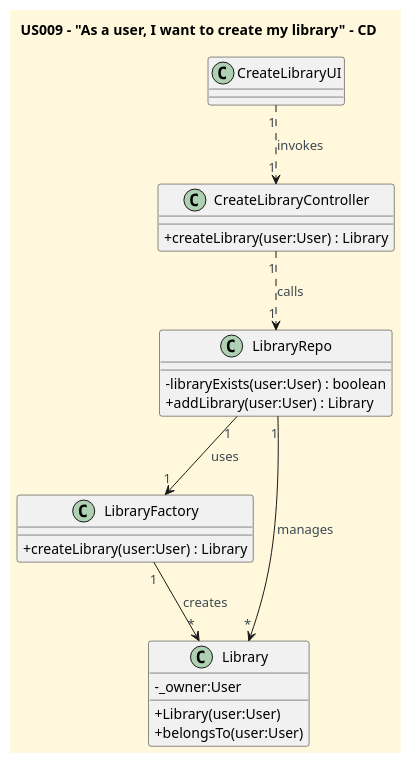
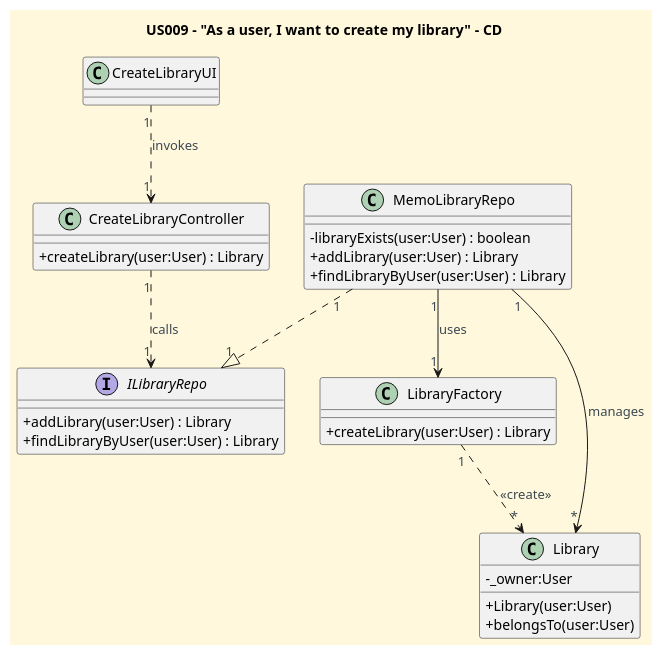
One commit to CarolinaLeite-collab/JavaMarketplacePlatform changed the diagram in docs/userStories/US009/US009_create_my_library_CD.puml. Above: the diagram before and after it, drawn with PlantUML.

Commit message:
docs (US009): add CD for CreateLibrary (DDD refactor), ref #372

```diff
--- a/docs/userStories/US009/US009_create_my_library_CD.puml
+++ b/docs/userStories/US009/US009_create_my_library_CD.puml
@@ -1,48 +1,52 @@
 @startuml
 'https://plantuml.com/class-diagram
 title US009 – "As a user, I want to create my library" - CD
 
 '==== basic style ====
 skinparam monochrome false
 skinparam shadowing false
 skinparam defaultFontName Futura
 skinparam objectFontSize 20
 skinparam backgroundColor CornSilk
 skinparam objectBackgroundColor WhiteSmoke
 skinparam noteBackgroundColor #FFFFE0
 skinparam ArrowFontColor #3B4953
 skinparam ActivationBackgroundColor black
 skinparam classAttributeIconSize 0
 
 class CreateLibraryUI {
 }
 
 class CreateLibraryController {
   + createLibrary(user:User) : Library
 }
 
-class LibraryRepo {
+interface ILibraryRepo {
+    +addLibrary(user:User) : Library
+    +findLibraryByUser(user:User) : Library
+}
+
+class MemoLibraryRepo {
   - libraryExists(user:User) : boolean
   + addLibrary(user:User) : Library
+  +findLibraryByUser(user:User) : Library
 
 }
 class LibraryFactory {
 + createLibrary(user:User) : Library
 }
 
 class Library {
   - _owner:User
   + Library(user:User)
   +belongsTo(user:User)
 }
 
-'class User {
-'}
-
 CreateLibraryUI "1" ..> "1" CreateLibraryController : invokes
-CreateLibraryController "1" ..> "1" LibraryRepo : calls
-LibraryRepo "1" --> "1" LibraryFactory : uses
-LibraryFactory "1" --> "*" Library : creates
-LibraryRepo "1" --> "*" Library : manages
+CreateLibraryController "1" ..> "1" ILibraryRepo : calls
+MemoLibraryRepo "1" ..|> "1" ILibraryRepo
+MemoLibraryRepo "1" --> "1" LibraryFactory : uses
+LibraryFactory "1" ..> "*" Library : <<create>>
+MemoLibraryRepo "1" --> "*" Library : manages
 
 @enduml
```
